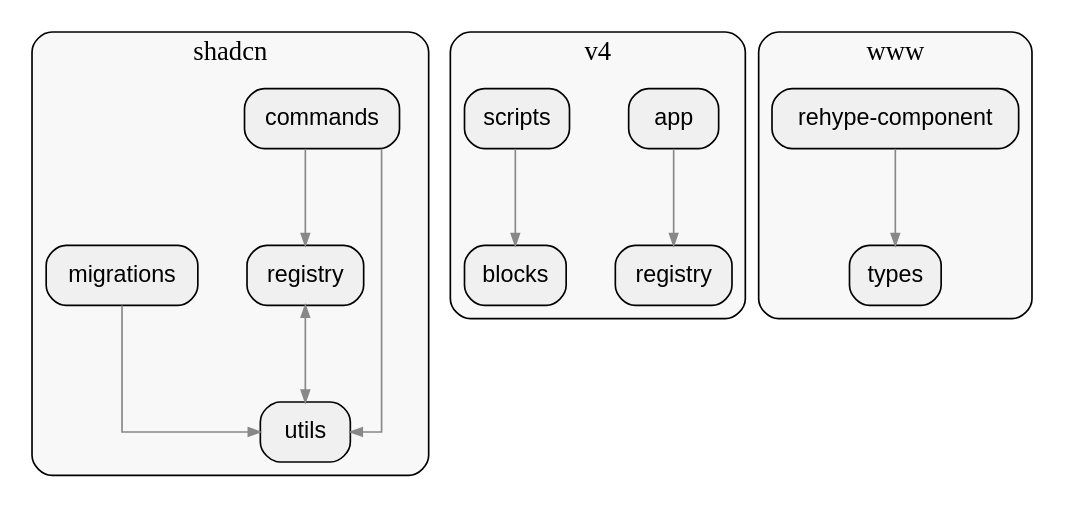
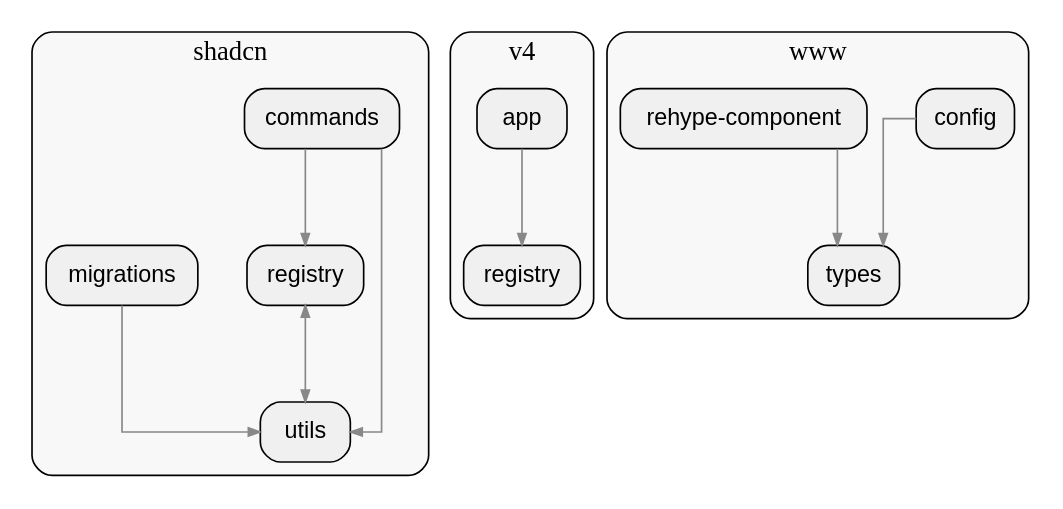
Before and after one commit to allenanswerzq/llmcc: the diagram in sample/typescript/shadcn-ui-pagerank/depth_2_module.dot, drawn with Graphviz. The commit also changed 67 other files, not shown here.

```diff
--- a/sample/typescript/shadcn-ui-pagerank/depth_2_module.dot
+++ b/sample/typescript/shadcn-ui-pagerank/depth_2_module.dot
@@ -1,54 +1,53 @@
 digraph architecture {
   rankdir=TB;
   ranksep=0.8;
   nodesep=0.4;
   splines=ortho;
   concentrate=true;
 
   node [shape=box, style="rounded,filled", fillcolor="#f0f0f0", fontname="Helvetica"];
   edge [color="#888888", arrowsize=0.7];
 
   labelloc=t;
   fontsize=16;
 
   subgraph cluster_shadcn {
     label="shadcn";
     style=rounded;
     bgcolor="#f8f8f8";
 
     mod_shadcn_commands[label="commands", path="/home/yibai/llmcc/sample/repos/shadcn-ui/packages/shadcn/src/commands"];
     mod_shadcn_migrations[label="migrations", path="/home/yibai/llmcc/sample/repos/shadcn-ui/packages/shadcn/src/migrations"];
     mod_shadcn_registry[label="registry", path="/home/yibai/llmcc/sample/repos/shadcn-ui/packages/shadcn/src/registry"];
     mod_shadcn_utils[label="utils", path="/home/yibai/llmcc/sample/repos/shadcn-ui/packages/shadcn/src/utils"];
   }
 
   subgraph cluster_v4 {
     label="v4";
     style=rounded;
     bgcolor="#f8f8f8";
 
     mod_v4_app[label="app", path="/home/yibai/llmcc/sample/repos/shadcn-ui/apps/v4/app"];
-    mod_v4_blocks[label="blocks", path="/home/yibai/llmcc/sample/repos/shadcn-ui/apps/v4/lib"];
     mod_v4_registry[label="registry", path="/home/yibai/llmcc/sample/repos/shadcn-ui/apps/v4/registry"];
-    mod_v4_scripts[label="scripts", path="/home/yibai/llmcc/sample/repos/shadcn-ui/apps/v4/scripts"];
   }
 
   subgraph cluster_www {
     label="www";
     style=rounded;
     bgcolor="#f8f8f8";
 
+    mod_www_config[label="config", path="/home/yibai/llmcc/sample/repos/shadcn-ui/deprecated/www/config"];
     mod_www_rehype_component[label="rehype-component", path="/home/yibai/llmcc/sample/repos/shadcn-ui/deprecated/www/lib"];
     mod_www_types[label="types", path="/home/yibai/llmcc/sample/repos/shadcn-ui/deprecated/www/types"];
   }
 
 
   mod_shadcn_commands -> mod_shadcn_registry;
   mod_shadcn_commands -> mod_shadcn_utils;
   mod_shadcn_migrations -> mod_shadcn_utils;
   mod_shadcn_registry -> mod_shadcn_utils;
   mod_shadcn_utils -> mod_shadcn_registry;
   mod_v4_app -> mod_v4_registry;
-  mod_v4_scripts -> mod_v4_blocks;
+  mod_www_config -> mod_www_types;
   mod_www_rehype_component -> mod_www_types;
 }
```
